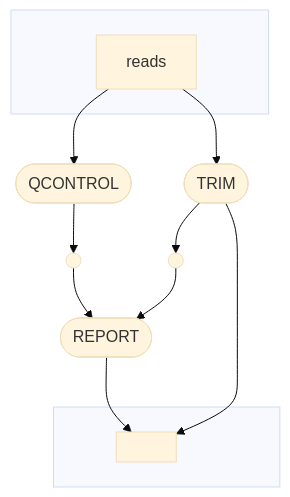
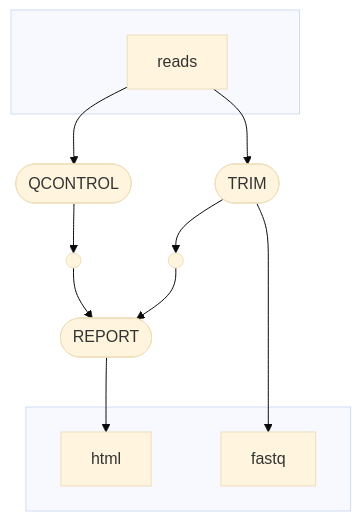
Before and after one commit to glebus-sasha/qcontrol_nf: the diagram in README.md, drawn with Mermaid.

````diff
--- a/README.md
+++ b/README.md
@@ -4,23 +4,24 @@
 ```mermaid
 %%{init: {'theme':'base'}}%%
 flowchart TB
     subgraph " "
     v0["reads"]
     end
     v1([QCONTROL])
     subgraph " "
-    v9[" "]
+    v9["html"]
+    v10["fastq"]
     end
     v3([TRIM])
     v8([REPORT])
     v6(( ))
     v7(( ))
     v0 --> v1
     v0 --> v3
     v1 --> v6
     v3 --> v7
-    v3 --> v9
+    v3 --> v10
     v6 --> v8
     v7 --> v8
     v8 --> v9
 ```
````
